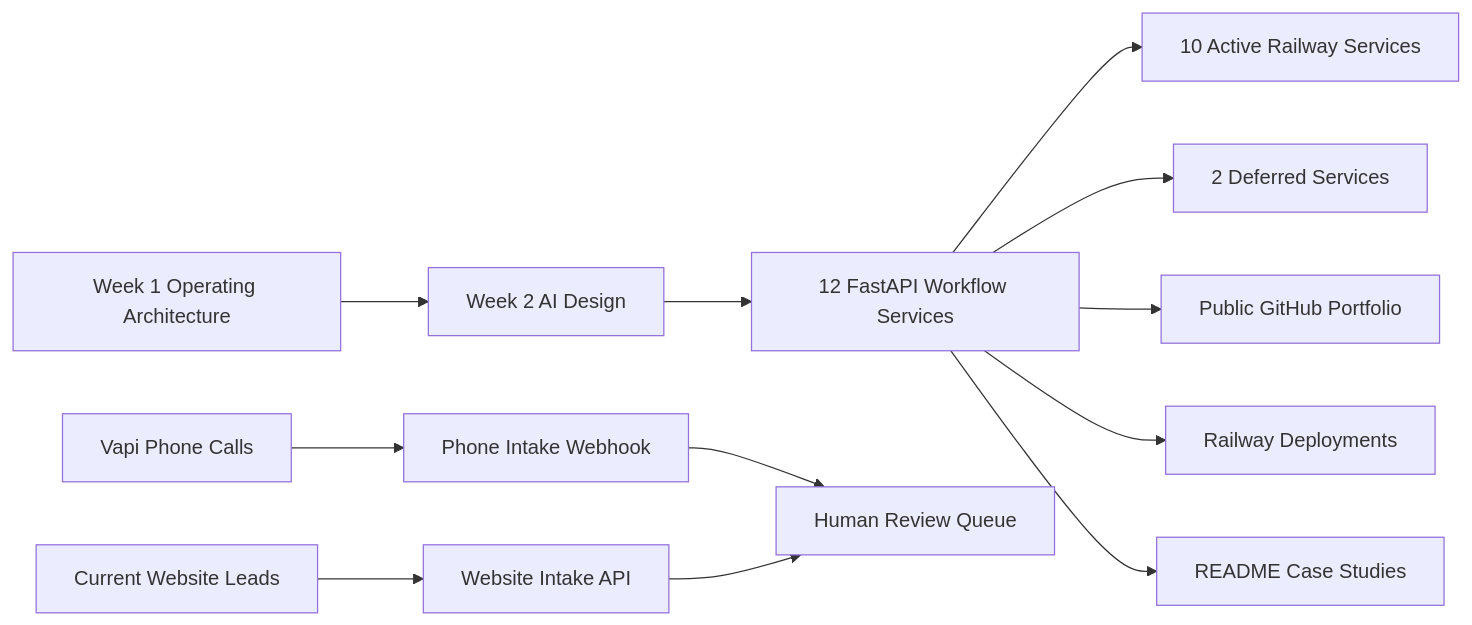
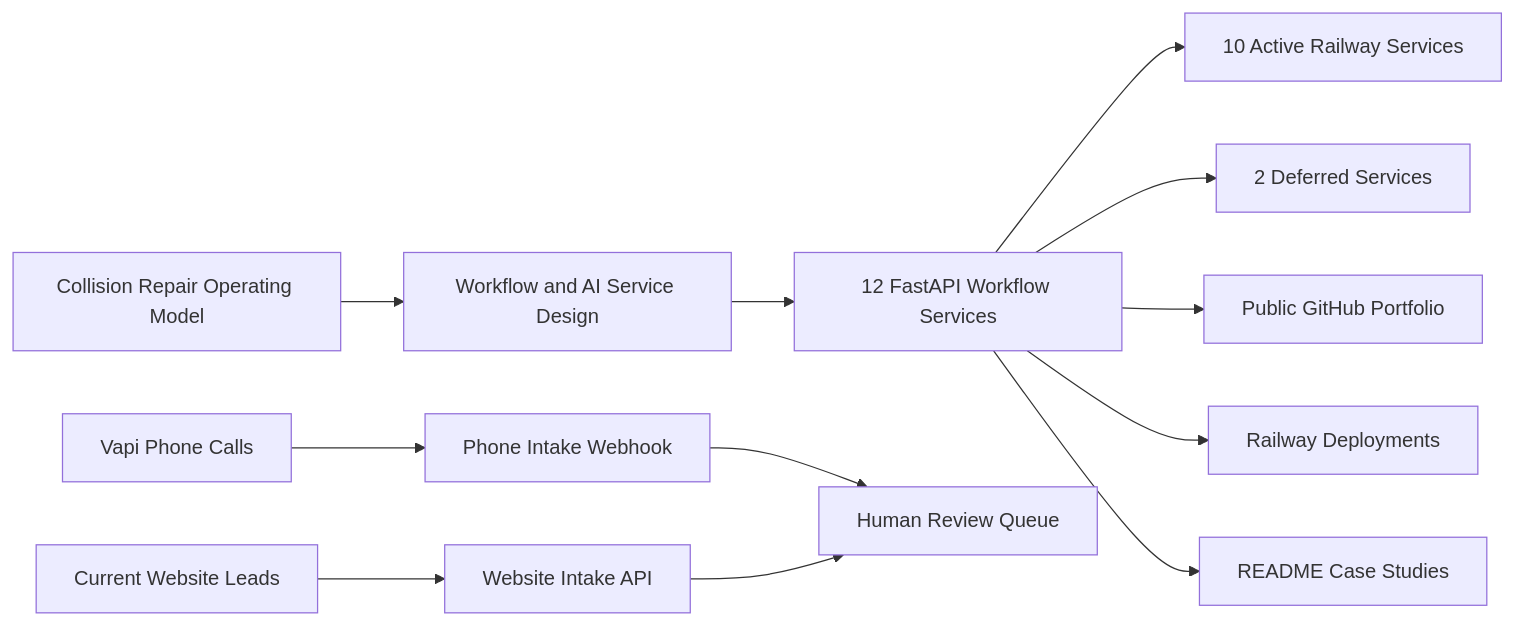
One commit to dkdejesus/precision-auto-body-automation-portfolio changed the diagram in README.md. Above: the diagram before and after it, drawn with Mermaid.

Commit message:
Remove week labels from architecture story

````diff
--- a/README.md
+++ b/README.md
@@ -56,14 +56,14 @@
 ```mermaid
 flowchart LR
-    Architecture["Week 1 Operating Architecture"] --> Design["Week 2 AI Design"]
-    Design --> Services["12 FastAPI Workflow Services"]
+    OperatingModel["Collision Repair Operating Model"] --> WorkflowDesign["Workflow and AI Service Design"]
+    WorkflowDesign --> Services["12 FastAPI Workflow Services"]
     Services --> Active["10 Active Railway Services"]
     Services --> Deferred["2 Deferred Services"]
     Calls["Vapi Phone Calls"] --> Phone["Phone Intake Webhook"]
     Website["Current Website Leads"] --> WebIntake["Website Intake API"]
     Phone --> Review["Human Review Queue"]
     WebIntake --> Review
     Services --> GitHub["Public GitHub Portfolio"]
     Services --> Railway["Railway Deployments"]
     Services --> CaseStudies["README Case Studies"]
 ```
````
